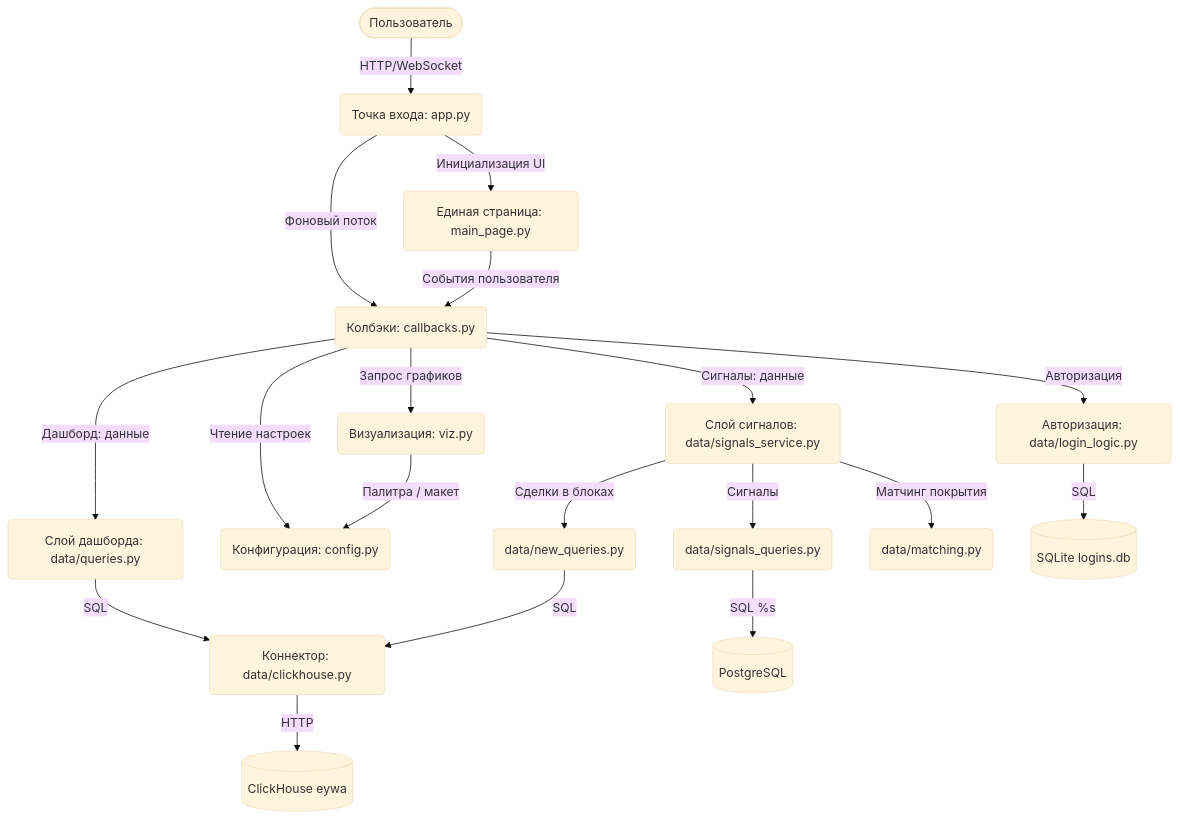
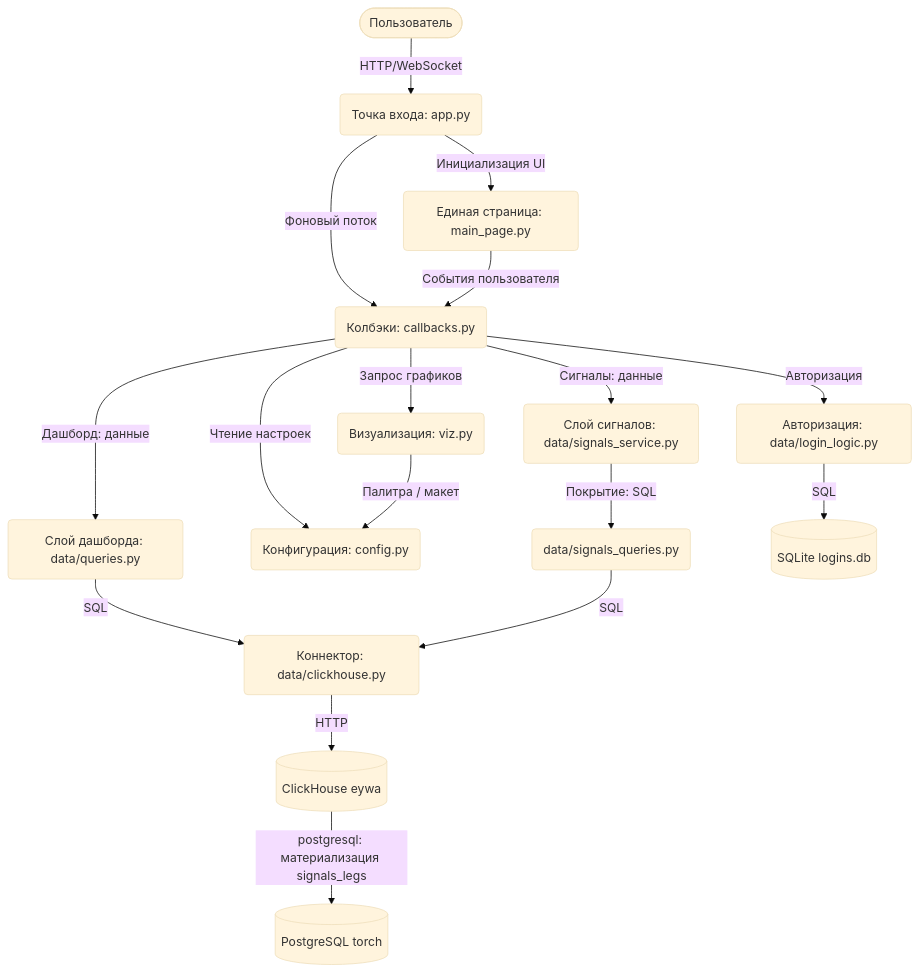
Before and after one commit to Cypherpunks-Practice/dex_analytics: the diagram in Architecture.md, drawn with Mermaid (base theme). The commit also changed other lines of this file and 12 other files, not shown here.

````diff
--- a/Architecture.md
+++ b/Architecture.md
@@ -16,26 +20,24 @@
 ```mermaid
 graph TD
     User([Пользователь]) -->|HTTP/WebSocket| App(Точка входа: app.py)
     App -->|Инициализация UI| MainPage(Единая страница: main_page.py)
     App -->|Фоновый поток| Callbacks(Колбэки: callbacks.py)
 
     MainPage -->|События пользователя| Callbacks
 
     Callbacks -->|Запрос графиков| Viz(Визуализация: viz.py)
     Callbacks -->|Дашборд: данные| Queries(Слой дашборда: data/queries.py)
     Callbacks -->|Сигналы: данные| Signals(Слой сигналов: data/signals_service.py)
     Callbacks -->|Авторизация| Login(Авторизация: data/login_logic.py)
     Callbacks -->|Чтение настроек| Config(Конфигурация: config.py)
 
     Viz -->|Палитра / макет| Config
     Queries -->|SQL| Clickhouse(Коннектор: data/clickhouse.py)
 
-    Signals -->|Сигналы| SigQ(data/signals_queries.py)
-    Signals -->|Сделки в блоках| NewQ(data/new_queries.py)
-    Signals -->|Матчинг покрытия| Match(data/matching.py)
-    SigQ -->|SQL %s| PG[(PostgreSQL)]
-    NewQ -->|SQL| Clickhouse
+    Signals -->|Покрытие: SQL| SigQ(data/signals_queries.py)
+    SigQ -->|SQL| Clickhouse
 
     Clickhouse -->|HTTP| CH[(ClickHouse eywa)]
+    CH -->|postgresql: материализация signals_legs| PG[(PostgreSQL torch)]
     Login -->|SQL| SL[(SQLite logins.db)]
 ```
````
